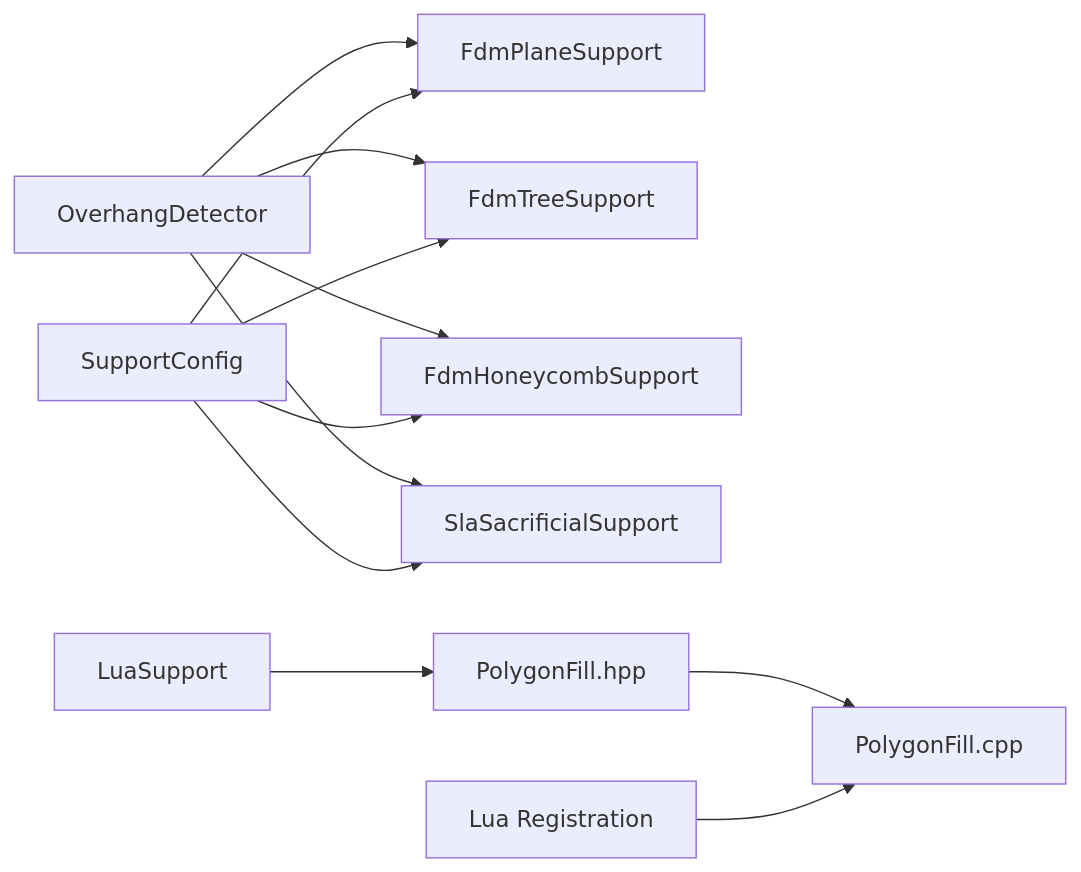
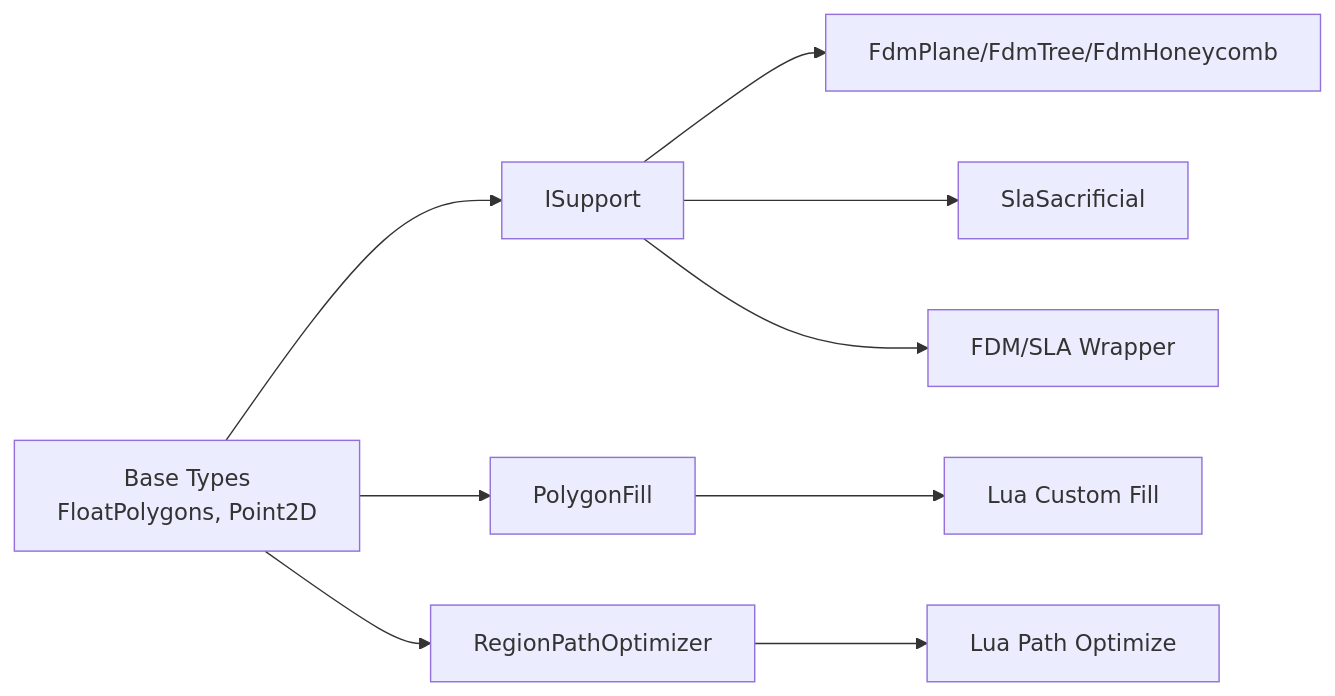
One commit to hsmbanlance/HsBaSlicer changed the eighth of 8 diagrams in .qoder/repowiki/en/content/Extension Development/Custom Algorithms.md. Above: the diagram before and after it, drawn with Mermaid. The commit also changed other lines of this file and 1095 other files, not shown here.

````diff
--- a/.qoder/repowiki/en/content/Extension Development/Custom Algorithms.md
+++ b/.qoder/repowiki/en/content/Extension Development/Custom Algorithms.md
@@ -370,14 +433,11 @@
 ```mermaid
 graph LR
-OD["OverhangDetector"] --> FDMP["FdmPlaneSupport"]
-OD --> FDMT["FdmTreeSupport"]
-OD --> FDMH["FdmHoneycombSupport"]
-OD --> SLAS["SlaSacrificialSupport"]
-SC["SupportConfig"] --> FDMP
-SC --> FDMT
-SC --> FDMH
-SC --> SLAS
-PFH["PolygonFill.hpp"] --> PFC["PolygonFill.cpp"]
-LPK["Lua Registration"] --> PFC
-LS["LuaSupport"] --> PFH
+Base["Base Types<br/>FloatPolygons, Point2D"] --> Support["ISupport"]
+Base --> Fill["PolygonFill"]
+Base --> PathOpt["RegionPathOptimizer"]
+Support --> FdmImpl["FdmPlane/FdmTree/FdmHoneycomb"]
+Support --> SlaImpl["SlaSacrificial"]
+Fill --> LuaFill["Lua Custom Fill"]
+PathOpt --> LuaOpt["Lua Path Optimize"]
+Support --> Wrapper["FDM/SLA Wrapper"]
 ```
````
